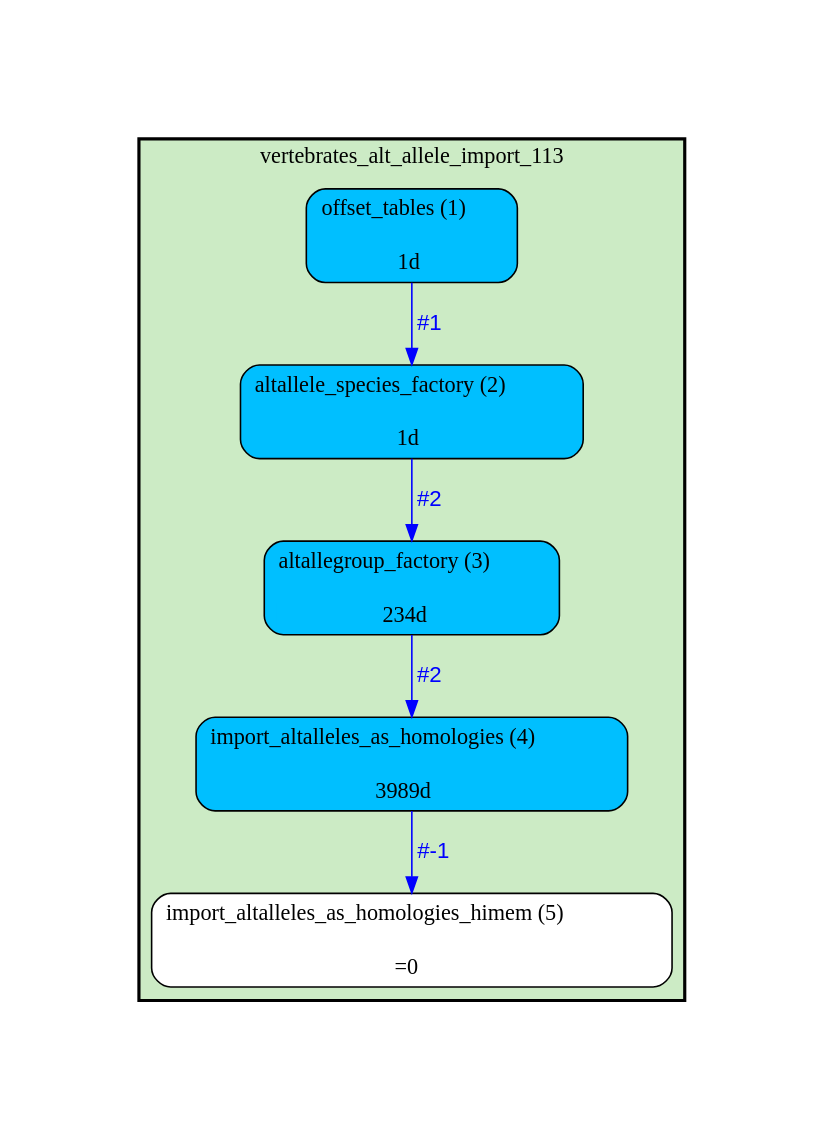
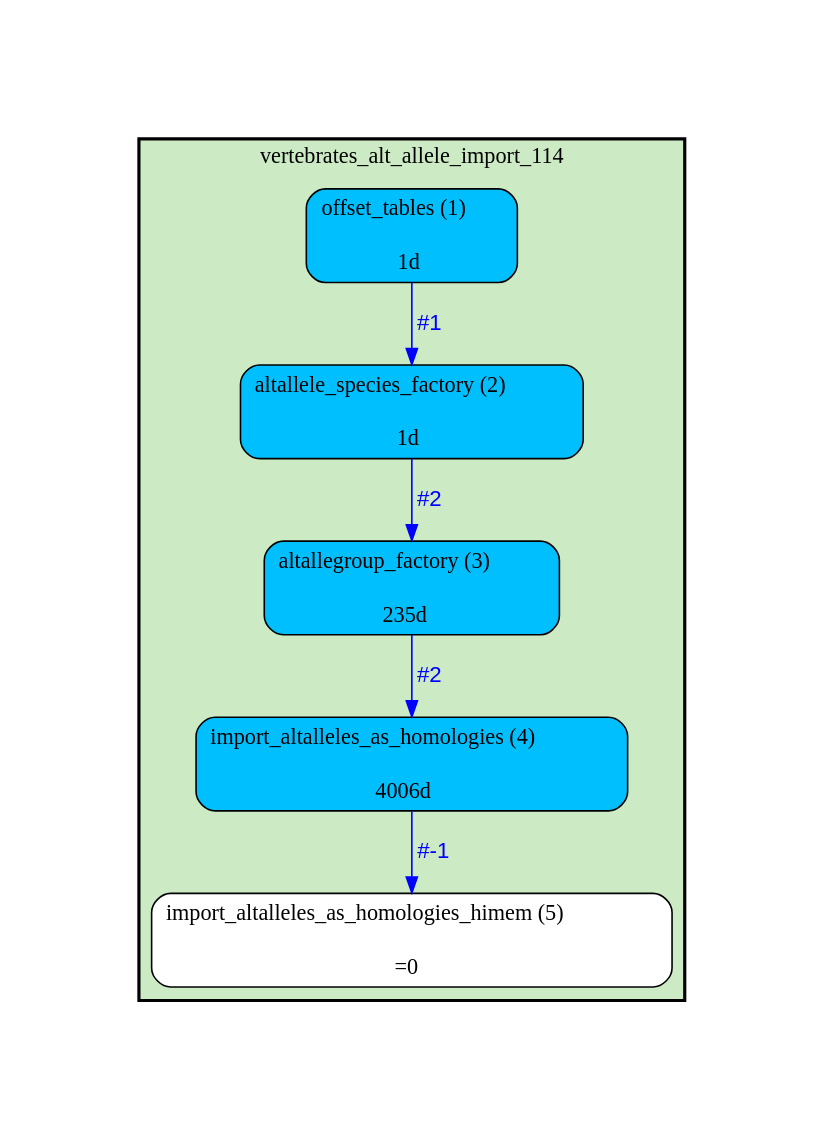
The diagram in docs/production/diagrams/HomologyProjections.gv (Ensembl/ensembl-compara), drawn with Graphviz before and after one commit. The commit also changed 8 other files, not shown here.

```diff
--- a/docs/production/diagrams/HomologyProjections.gv
+++ b/docs/production/diagrams/HomologyProjections.gv
@@ -1,25 +1,25 @@
 digraph test {
 	ratio="compress"; concentrate = "true"; name = "AnalysisWorkflow"; pad = "1.0";
-	analysis_altallegroup_factory [fillcolor="#00bfff", fontname="Times-Roman", label=<<table border="0" cellspacing="0" cellpadding="1"><tr><td>altallegroup_factory (3)</td></tr><tr><td> </td></tr><tr><td bgcolor="#00bfff" width="100%">234d</td></tr></table>>, shape="Mrecord", style="filled"];
-	analysis_altallele_species_factory [fillcolor="#00bfff", fontname="Times-Roman", label=<<table border="0" cellspacing="0" cellpadding="1"><tr><td>altallele_species_factory (2)</td></tr><tr><td> </td></tr><tr><td bgcolor="#00bfff" width="100%">1d</td></tr></table>>, shape="Mrecord", style="filled"];
-	analysis_import_altalleles_as_homologies [fillcolor="#00bfff", fontname="Times-Roman", label=<<table border="0" cellspacing="0" cellpadding="1"><tr><td>import_altalleles_as_homologies (4)</td></tr><tr><td> </td></tr><tr><td bgcolor="#00bfff" width="100%">3989d</td></tr></table>>, shape="Mrecord", style="filled"];
-	analysis_import_altalleles_as_homologies_himem [fillcolor="white", fontname="Times-Roman", label=<<table border="0" cellspacing="0" cellpadding="1"><tr><td>import_altalleles_as_homologies_himem (5)</td></tr><tr><td> </td></tr><tr><td>=0</td></tr></table>>, shape="Mrecord", style="filled"];
-	analysis_offset_tables [fillcolor="#00bfff", fontname="Times-Roman", label=<<table border="0" cellspacing="0" cellpadding="1"><tr><td>offset_tables (1)</td></tr><tr><td> </td></tr><tr><td bgcolor="#00bfff" width="100%">1d</td></tr></table>>, shape="Mrecord", style="filled"];
+	analysis_altallegroup_factory [fillcolor="DeepSkyBlue", fontname="Times-Roman", label=<<table border="0" cellborder="0" cellspacing="0" cellpadding="1"><tr><td colspan="1">altallegroup_factory (3)</td></tr><tr><td colspan="1"> </td></tr><tr><td bgcolor="DeepSkyBlue" width="100%">235d</td></tr></table>>, shape="Mrecord", style="filled"];
+	analysis_altallele_species_factory [fillcolor="DeepSkyBlue", fontname="Times-Roman", label=<<table border="0" cellborder="0" cellspacing="0" cellpadding="1"><tr><td colspan="1">altallele_species_factory (2)</td></tr><tr><td colspan="1"> </td></tr><tr><td bgcolor="DeepSkyBlue" width="100%">1d</td></tr></table>>, shape="Mrecord", style="filled"];
+	analysis_import_altalleles_as_homologies [fillcolor="DeepSkyBlue", fontname="Times-Roman", label=<<table border="0" cellborder="0" cellspacing="0" cellpadding="1"><tr><td colspan="1">import_altalleles_as_homologies (4)</td></tr><tr><td colspan="1"> </td></tr><tr><td bgcolor="DeepSkyBlue" width="100%">4006d</td></tr></table>>, shape="Mrecord", style="filled"];
+	analysis_import_altalleles_as_homologies_himem [fillcolor="white", fontname="Times-Roman", label=<<table border="0" cellborder="0" cellspacing="0" cellpadding="1"><tr><td colspan="1">import_altalleles_as_homologies_himem (5)</td></tr><tr><td colspan="1"> </td></tr><tr><td>=0</td></tr></table>>, shape="Mrecord", style="filled"];
+	analysis_offset_tables [fillcolor="DeepSkyBlue", fontname="Times-Roman", label=<<table border="0" cellborder="0" cellspacing="0" cellpadding="1"><tr><td colspan="1">offset_tables (1)</td></tr><tr><td colspan="1"> </td></tr><tr><td bgcolor="DeepSkyBlue" width="100%">1d</td></tr></table>>, shape="Mrecord", style="filled"];
 	analysis_altallegroup_factory -> analysis_import_altalleles_as_homologies [color="blue", fontcolor="blue", fontname="Helvetica", label="#2\n"];
 	analysis_altallele_species_factory -> analysis_altallegroup_factory [color="blue", fontcolor="blue", fontname="Helvetica", label="#2\n"];
 	analysis_import_altalleles_as_homologies -> analysis_import_altalleles_as_homologies_himem [color="blue", fontcolor="blue", fontname="Helvetica", label="#-1\n"];
 	analysis_offset_tables -> analysis_altallele_species_factory [color="blue", fontcolor="blue", fontname="Helvetica", label="#1\n"];
 
-subgraph "cluster_vertebrates_alt_allele_import_113" {
-	label="vertebrates_alt_allele_import_113";
+subgraph "cluster_vertebrates_alt_allele_import_114" {
+	label="vertebrates_alt_allele_import_114";
 	style="bold,filled";
 	colorscheme="pastel19";
 	fillcolor="3";
 	color="";
 	analysis_altallegroup_factory;
 	analysis_altallele_species_factory;
 	analysis_import_altalleles_as_homologies;
 	analysis_import_altalleles_as_homologies_himem;
 	analysis_offset_tables;
 }
 }
```
